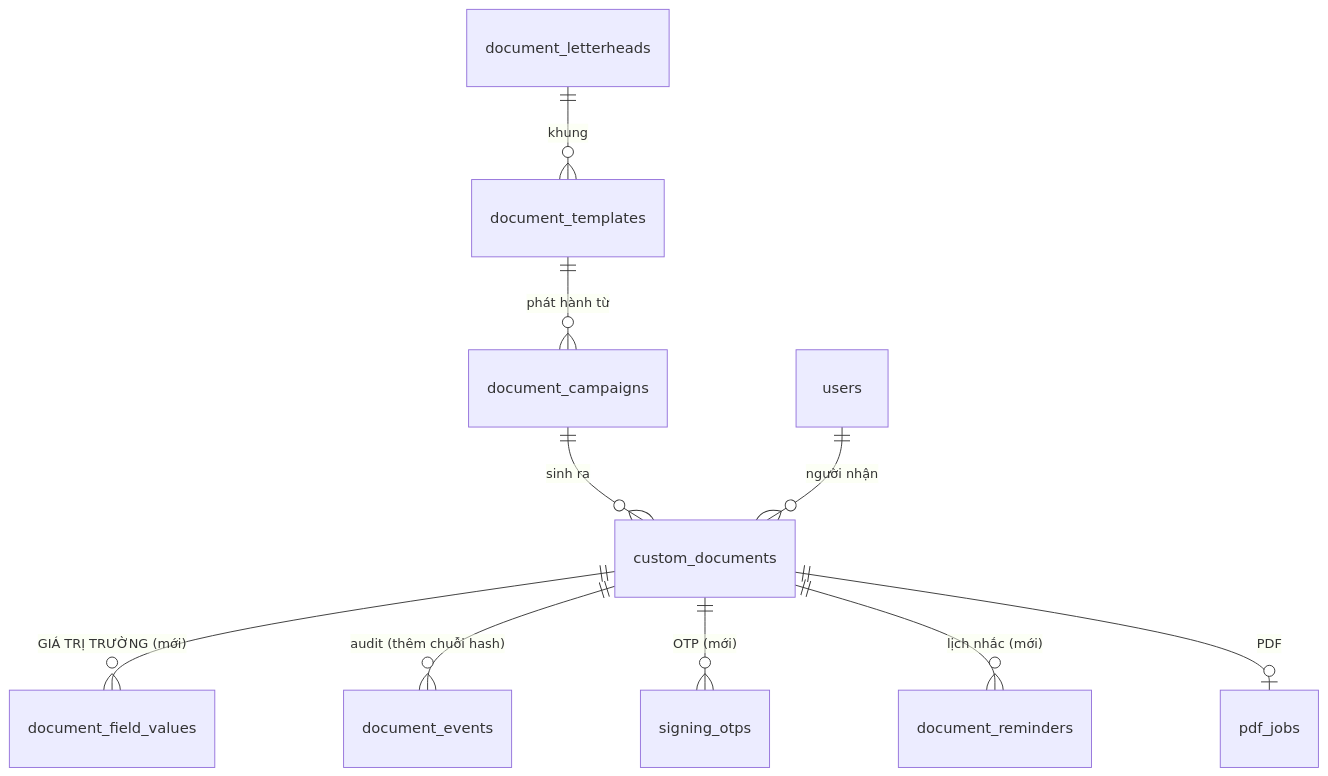
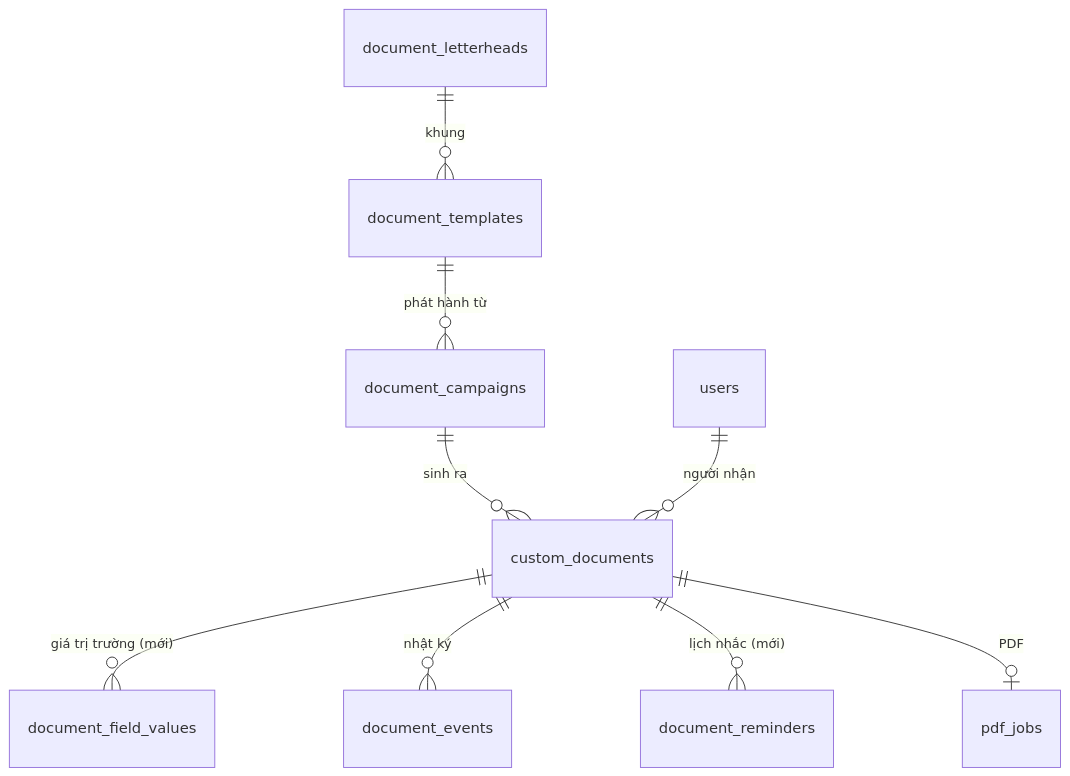
Before and after one commit to nclong1976/vin-casino: the fourth of 5 diagrams in docs/design/contract-management-spec.md, drawn with Mermaid. The commit also changed other lines of this file, not shown here.

First line of the commit message:
Spec hợp đồng v3.1: bỏ OTP, chữ ký chỉ mang tính minh hoạ

````diff
--- a/docs/design/contract-management-spec.md
+++ b/docs/design/contract-management-spec.md
@@ -384,12 +384,11 @@
 ```mermaid
 erDiagram
   document_letterheads ||--o{ document_templates : "khung"
   document_templates  ||--o{ document_campaigns : "phát hành từ"
   document_campaigns  ||--o{ custom_documents   : "sinh ra"
   users               ||--o{ custom_documents   : "người nhận"
-  custom_documents    ||--o{ document_field_values : "GIÁ TRỊ TRƯỜNG (mới)"
-  custom_documents    ||--o{ document_events    : "audit (thêm chuỗi hash)"
-  custom_documents    ||--o{ signing_otps       : "OTP (mới)"
+  custom_documents    ||--o{ document_field_values : "giá trị trường (mới)"
+  custom_documents    ||--o{ document_events    : "nhật ký"
   custom_documents    ||--o{ document_reminders : "lịch nhắc (mới)"
   custom_documents    ||--o| pdf_jobs           : "PDF"
 ```
````
